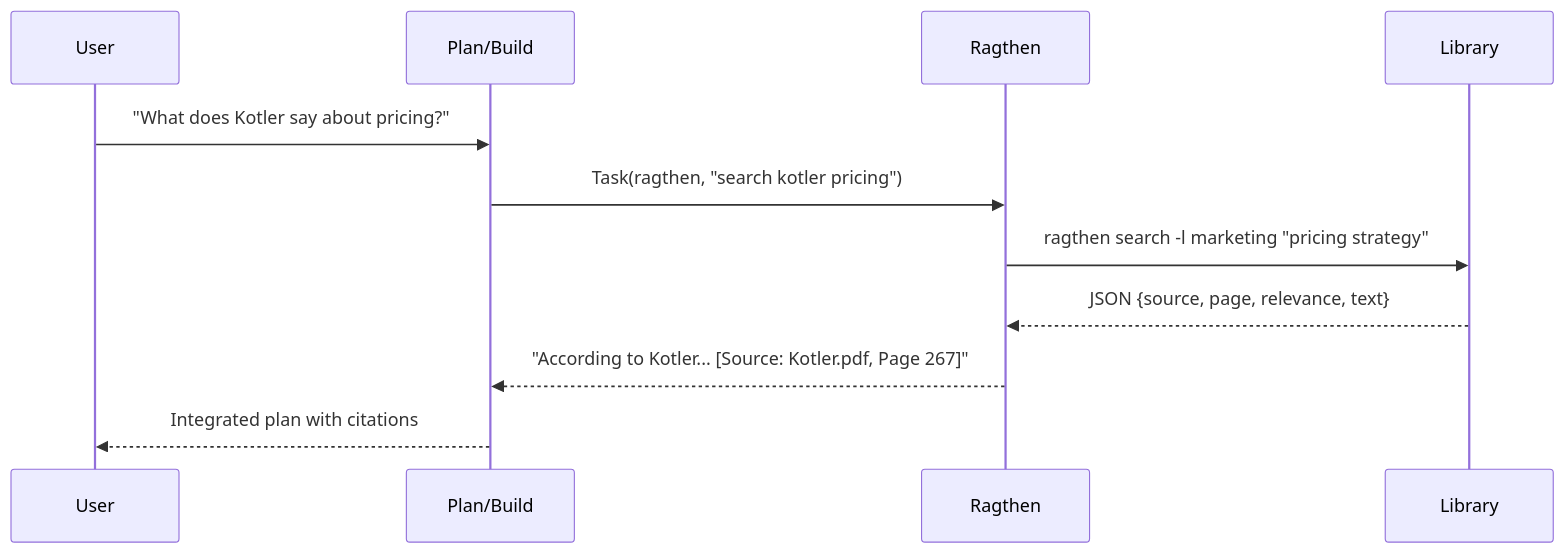
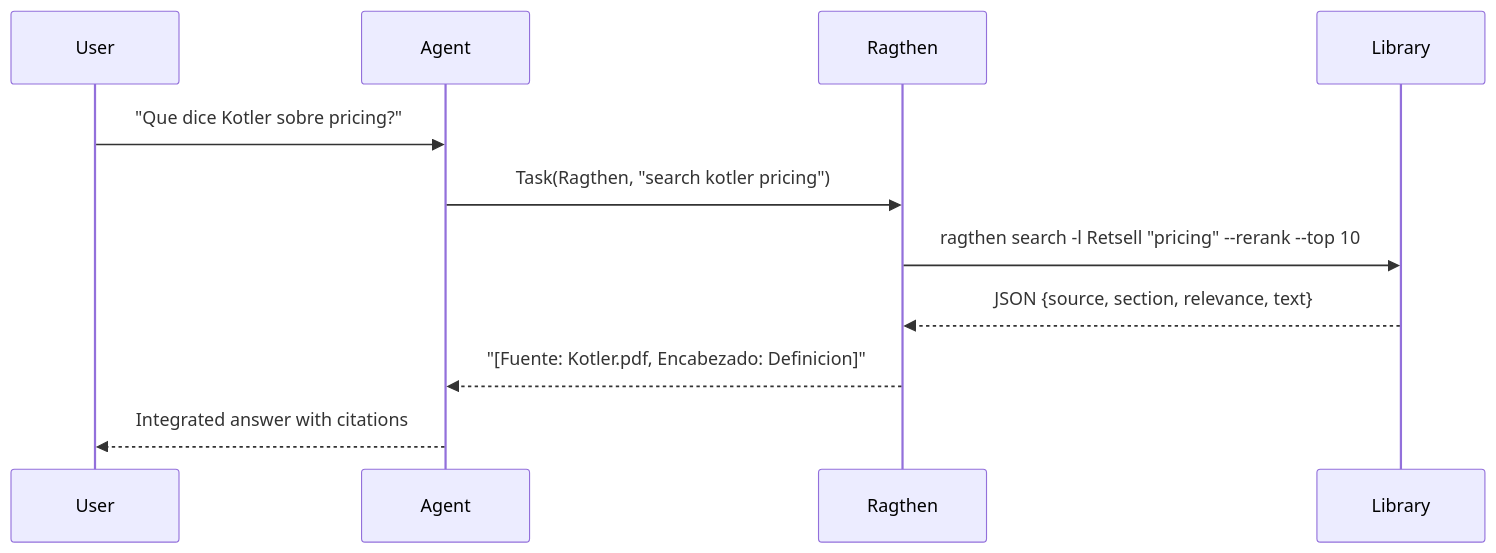
One commit to BrunoEdPerezS/ragthen changed the third of 4 diagrams in README.md. Above: the diagram before and after it, drawn with Mermaid. The commit also changed other lines of this file and 12 other files, not shown here.

````diff
--- a/README.md
+++ b/README.md
@@ -79,14 +111,14 @@
 ```mermaid
 sequenceDiagram
     participant U as User
-    participant P as Plan/Build
+    participant A as Agent
     participant R as Ragthen
     participant L as Library
 
-    U->>P: "What does Kotler say about pricing?"
-    P->>R: Task(ragthen, "search kotler pricing")
-    R->>L: ragthen search -l marketing "pricing strategy"
-    L-->>R: JSON {source, page, relevance, text}
-    R-->>P: "According to Kotler... [Source: Kotler.pdf, Page 267]"
-    P-->>U: Integrated plan with citations
+    U->>A: "Que dice Kotler sobre pricing?"
+    A->>R: Task(Ragthen, "search kotler pricing")
+    R->>L: ragthen search -l Retsell "pricing" --rerank --top 10
+    L-->>R: JSON {source, section, relevance, text}
+    R-->>A: "[Fuente: Kotler.pdf, Encabezado: Definicion]"
+    A-->>U: Integrated answer with citations
 ```
````
